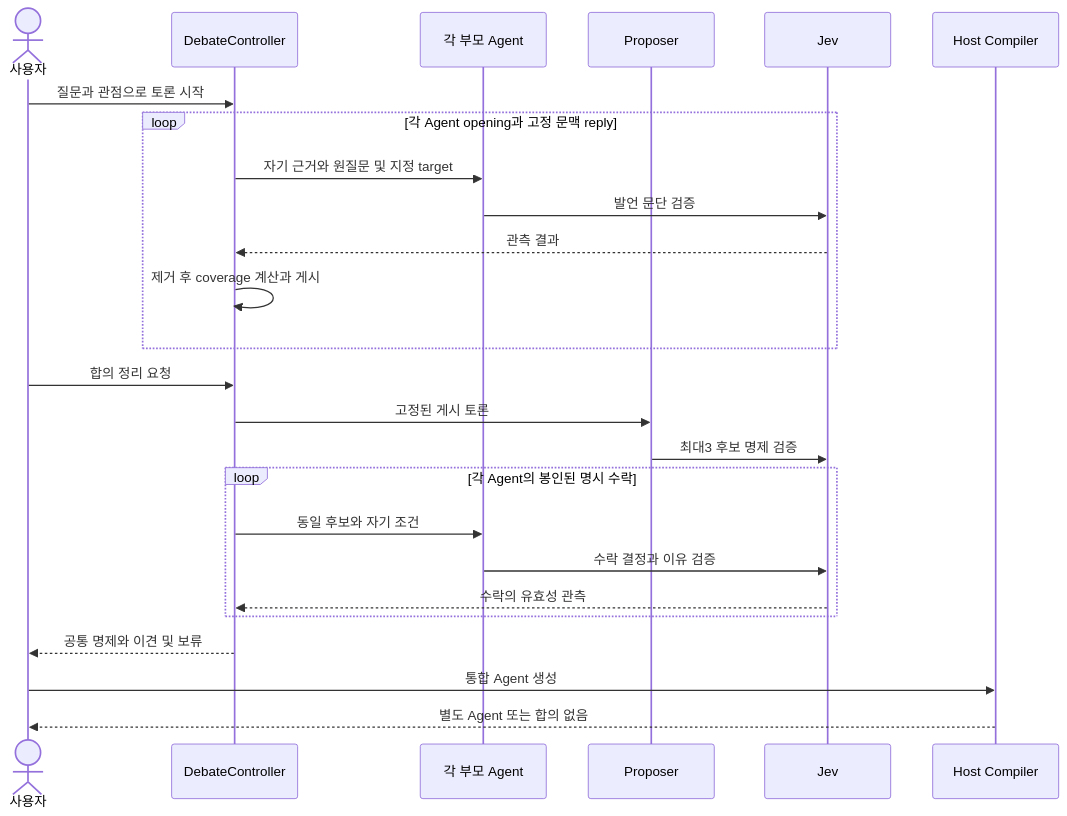
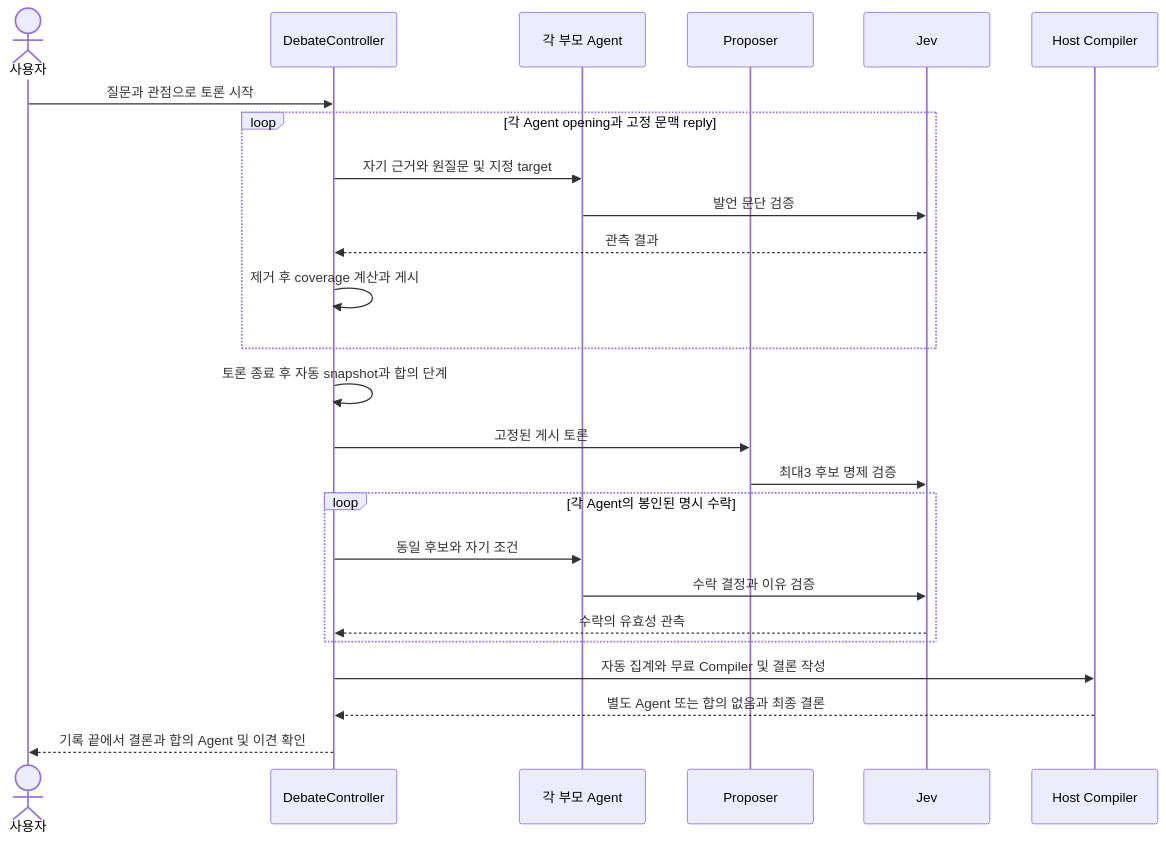
One commit to joowonkime/commentscope changed the first of 2 diagrams in docs/design/DEBATE_SYNTHESIS_PROTOCOL.md. Above: the diagram before and after it, drawn with Mermaid. The commit also changed other lines of this file and 17 other files, not shown here.

Commit message:
docs: align full agent catalog with automatic debate outcome flow (#115)

````diff
--- a/docs/design/DEBATE_SYNTHESIS_PROTOCOL.md
+++ b/docs/design/DEBATE_SYNTHESIS_PROTOCOL.md
@@ -103,27 +108,27 @@
 ```mermaid
 sequenceDiagram
     actor user as 사용자
     participant control as DebateController
     participant agent as 각 부모 Agent
     participant writer as Proposer
     participant jev as Jev
     participant host as Host Compiler
     user->>control: 질문과 관점으로 토론 시작
     loop 각 Agent opening과 고정 문맥 reply
         control->>agent: 자기 근거와 원질문 및 지정 target
         agent->>jev: 발언 문단 검증
         jev-->>control: 관측 결과
         control->>control: 제거 후 coverage 계산과 게시
     end
-    user->>control: 합의 정리 요청
+    control->>control: 토론 종료 후 자동 snapshot과 합의 단계
     control->>writer: 고정된 게시 토론
     writer->>jev: 최대3 후보 명제 검증
     loop 각 Agent의 봉인된 명시 수락
         control->>agent: 동일 후보와 자기 조건
         agent->>jev: 수락 결정과 이유 검증
         jev-->>control: 수락의 유효성 관측
     end
-    control-->>user: 공통 명제와 이견 및 보류
-    user->>host: 통합 Agent 생성
-    host-->>user: 별도 Agent 또는 합의 없음
+    control->>host: 자동 집계와 무료 Compiler 및 결론 작성
+    host-->>control: 별도 Agent 또는 합의 없음과 최종 결론
+    control-->>user: 기록 끝에서 결론과 합의 Agent 및 이견 확인
 ```
````
